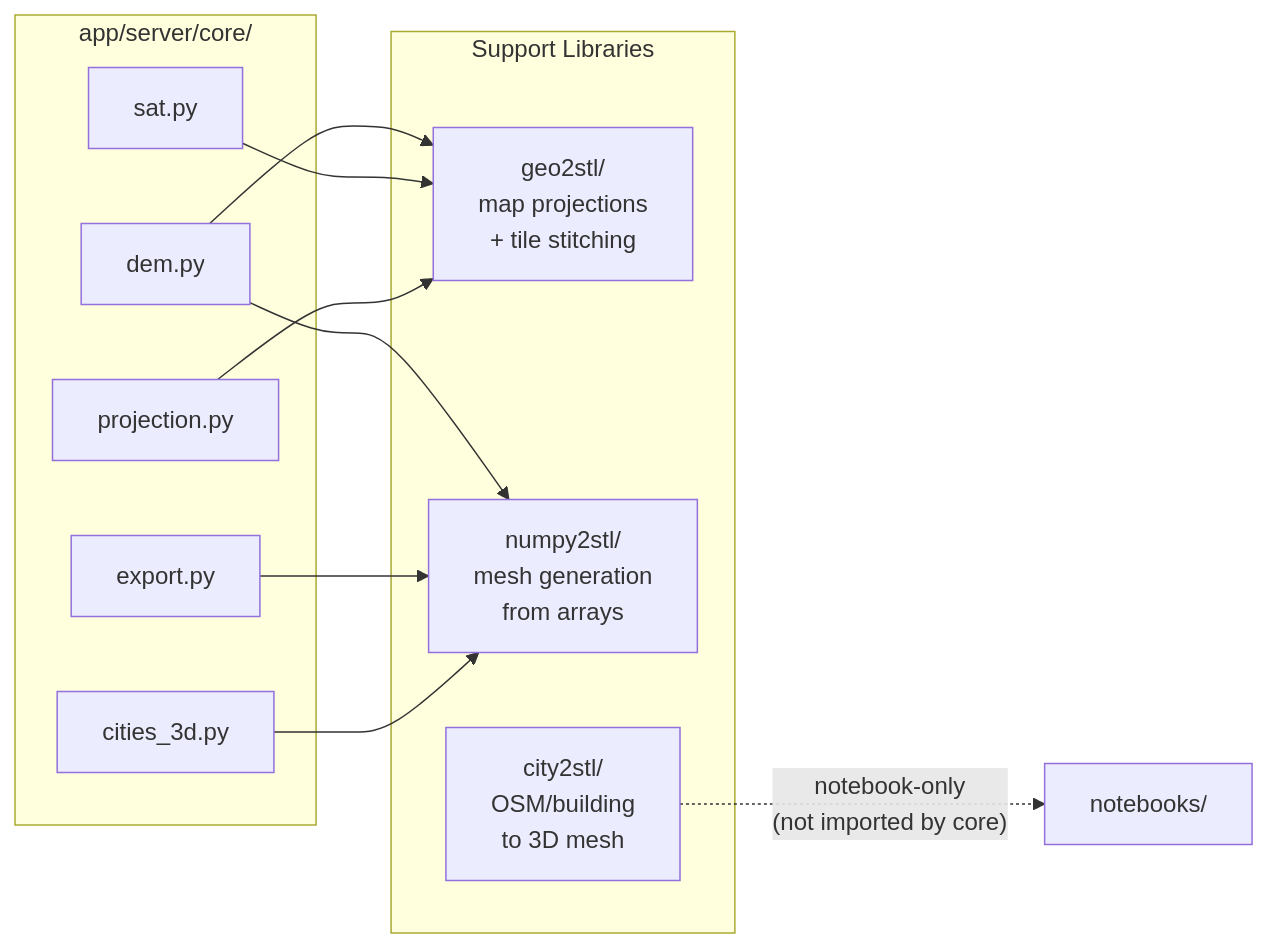
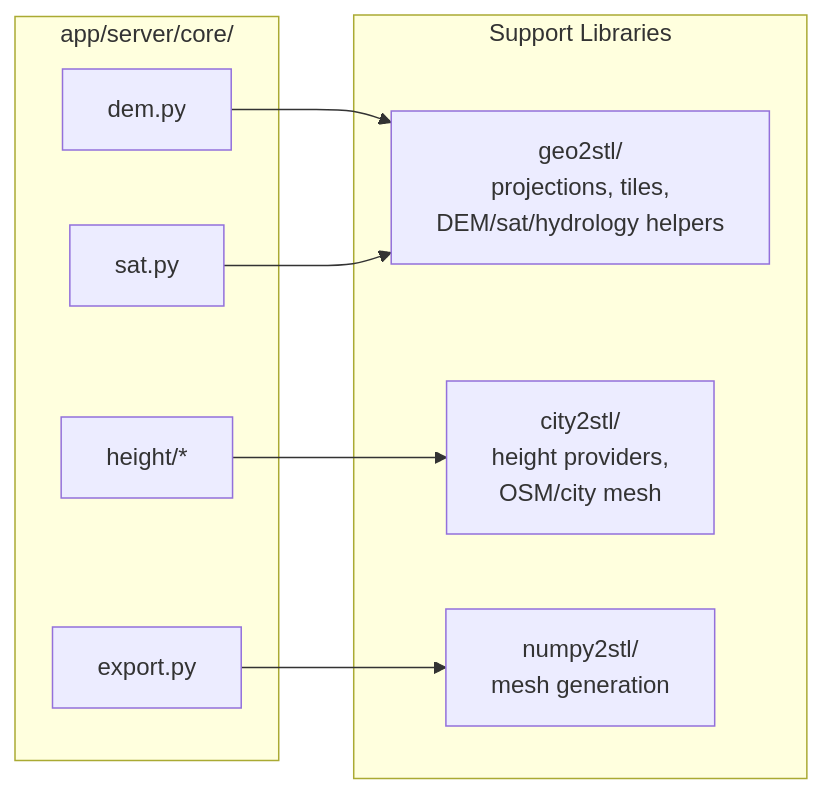
The diagram in docs/reference/libraries.md (EdgarCardenasDeLaHoz/map2stl), drawn with Mermaid before and after one commit. The commit also changed other lines of this file and 52 other files, not shown here.

First line of the commit message:
Collapse core shims: direct city2stl.height and geo2stl.dem/sat imports

````diff
--- a/docs/reference/libraries.md
+++ b/docs/reference/libraries.md
@@ -17,22 +13,20 @@
 ```mermaid
 flowchart LR
     subgraph Server ["app/server/core/"]
         DEM["dem.py"]
         SAT["sat.py"]
-        PROJ["projection.py"]
         EXP["export.py"]
-        CITY3D["cities_3d.py"]
+        HEIGHT["height/*"]
     end
+
     subgraph Libs ["Support Libraries"]
-        GEO["geo2stl/<br/>map projections<br/>+ tile stitching"]
-        NUMPY["numpy2stl/<br/>mesh generation<br/>from arrays"]
-        CITY["city2stl/<br/>OSM/building<br/>to 3D mesh"]
+        GEO["geo2stl/<br/>projections, tiles,<br/>DEM/sat/hydrology helpers"]
+        CITY["city2stl/<br/>height providers,<br/>OSM/city mesh"]
+        NUMPY["numpy2stl/<br/>mesh generation"]
     end
+
     DEM --> GEO
-    DEM --> NUMPY
     SAT --> GEO
-    PROJ --> GEO
+    HEIGHT --> CITY
     EXP --> NUMPY
-    CITY3D --> NUMPY
-    CITY -.->|"notebook-only<br/>(not imported by core)"| NB["notebooks/"]
 ```
````
